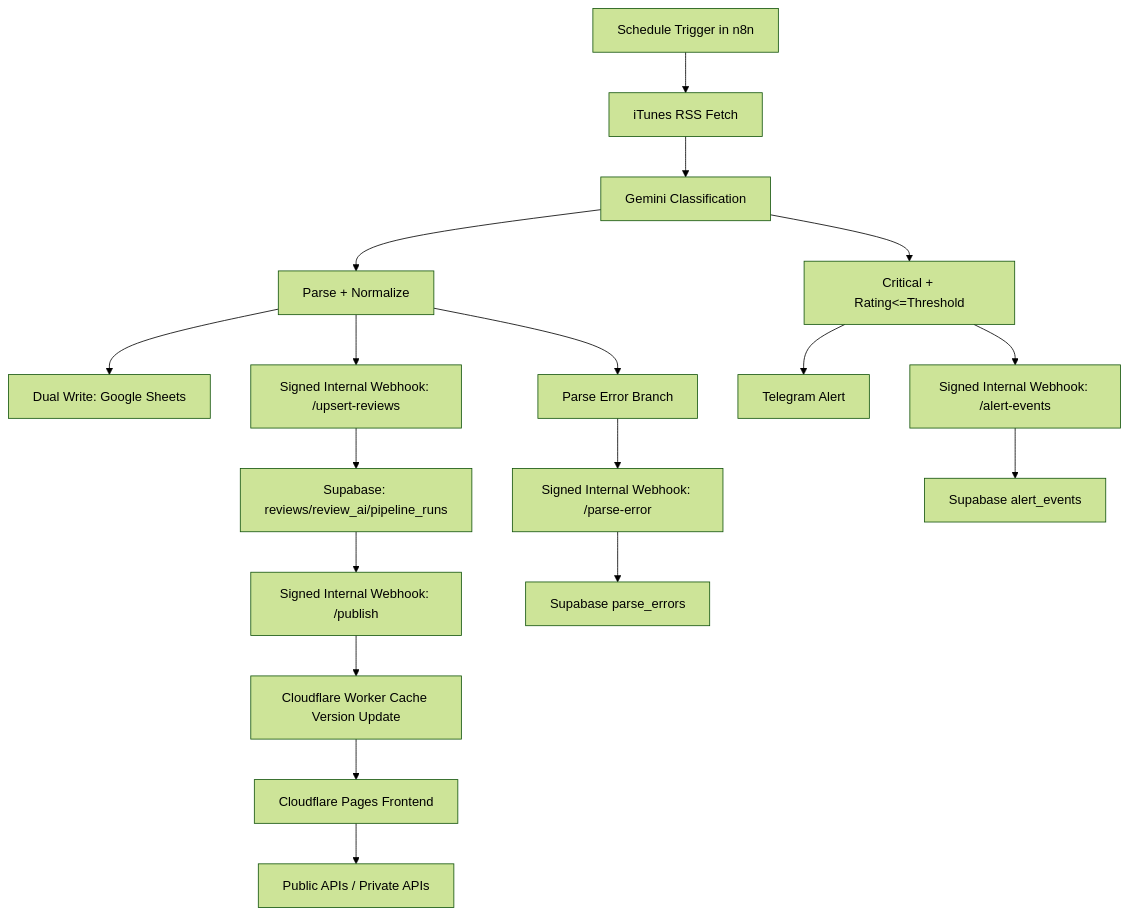
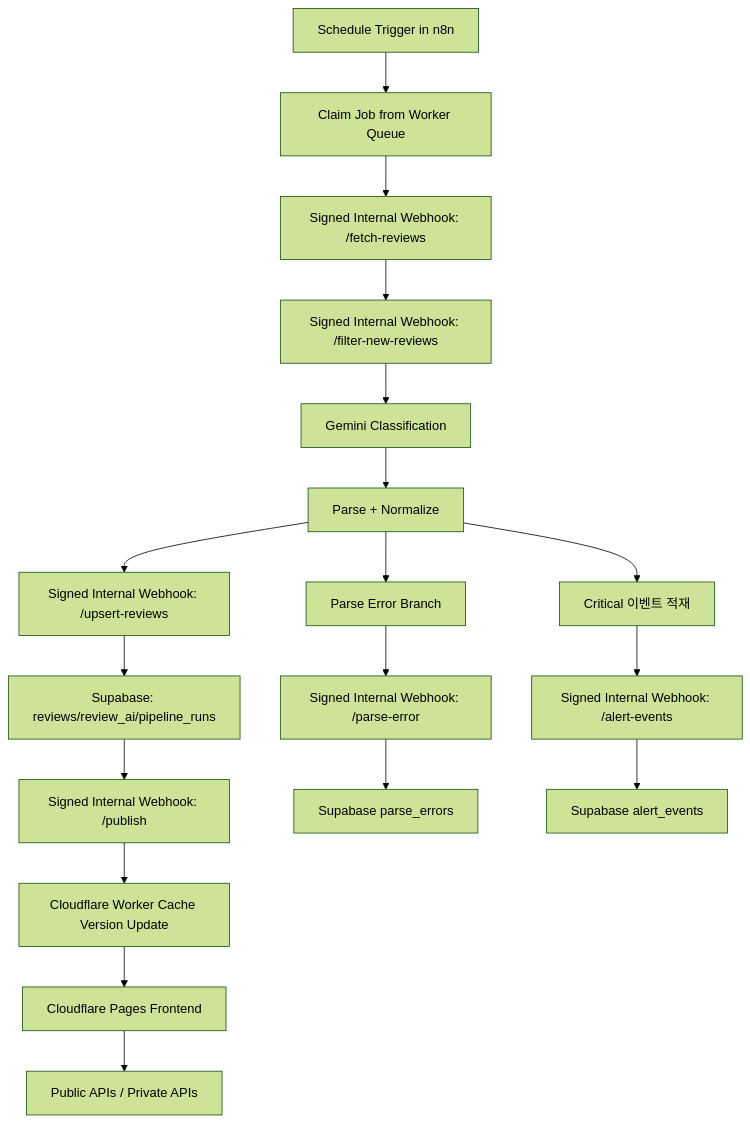
Before and after one commit to jeonsavvy/VoC-Radar: the diagram in README.md, drawn with Mermaid (forest theme). The commit also changed other lines of this file and 15 other files, not shown here.

Commit message:
feat: simplify pipeline UX and remove legacy n8n flows

````diff
--- a/README.md
+++ b/README.md
@@ -8,20 +8,20 @@
 ```mermaid
 graph TD
-    A[Schedule Trigger in n8n] --> B[iTunes RSS Fetch]
-    B --> C[Gemini Classification]
-    C --> D[Parse + Normalize]
-    D --> E[Dual Write: Google Sheets]
-    D --> F[Signed Internal Webhook: /upsert-reviews]
-    F --> G[Supabase: reviews/review_ai/pipeline_runs]
-    G --> H[Signed Internal Webhook: /publish]
-    H --> I[Cloudflare Worker Cache Version Update]
-    I --> J[Cloudflare Pages Frontend]
-    J --> K[Public APIs / Private APIs]
-    D --> L[Parse Error Branch]
-    L --> M[Signed Internal Webhook: /parse-error]
-    M --> N[Supabase parse_errors]
-    C --> O[Critical + Rating<=Threshold]
-    O --> P[Telegram Alert]
-    O --> Q[Signed Internal Webhook: /alert-events]
+    A[Schedule Trigger in n8n] --> B[Claim Job from Worker Queue]
+    B --> C[Signed Internal Webhook: /fetch-reviews]
+    C --> D[Signed Internal Webhook: /filter-new-reviews]
+    D --> E[Gemini Classification]
+    E --> F[Parse + Normalize]
+    F --> G[Signed Internal Webhook: /upsert-reviews]
+    G --> H[Supabase: reviews/review_ai/pipeline_runs]
+    H --> I[Signed Internal Webhook: /publish]
+    I --> J[Cloudflare Worker Cache Version Update]
+    J --> K[Cloudflare Pages Frontend]
+    K --> L[Public APIs / Private APIs]
+    F --> M[Parse Error Branch]
+    M --> N[Signed Internal Webhook: /parse-error]
+    N --> O[Supabase parse_errors]
+    F --> P[Critical 이벤트 적재]
+    P --> Q[Signed Internal Webhook: /alert-events]
     Q --> R[Supabase alert_events]
 ```
````
